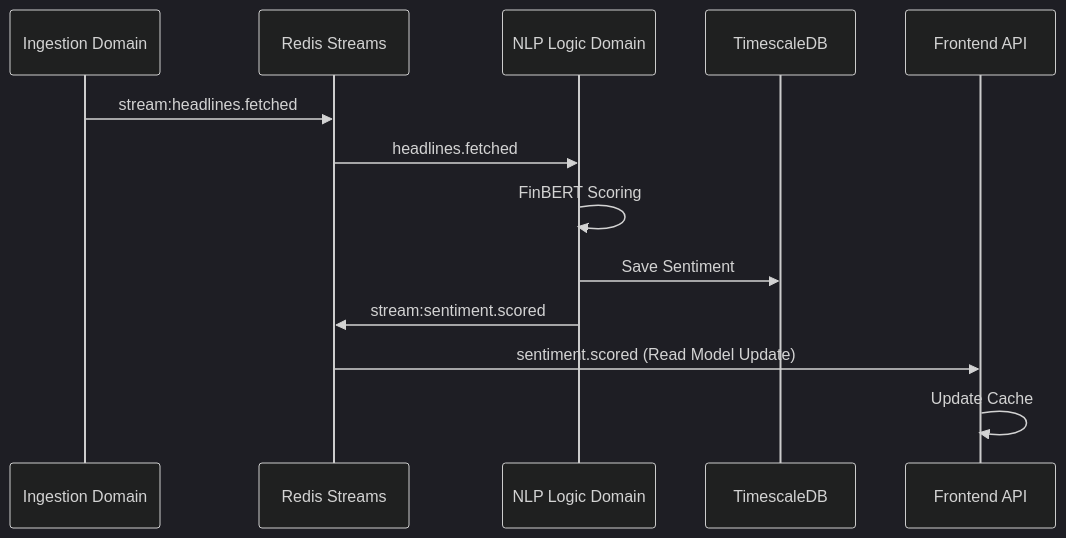
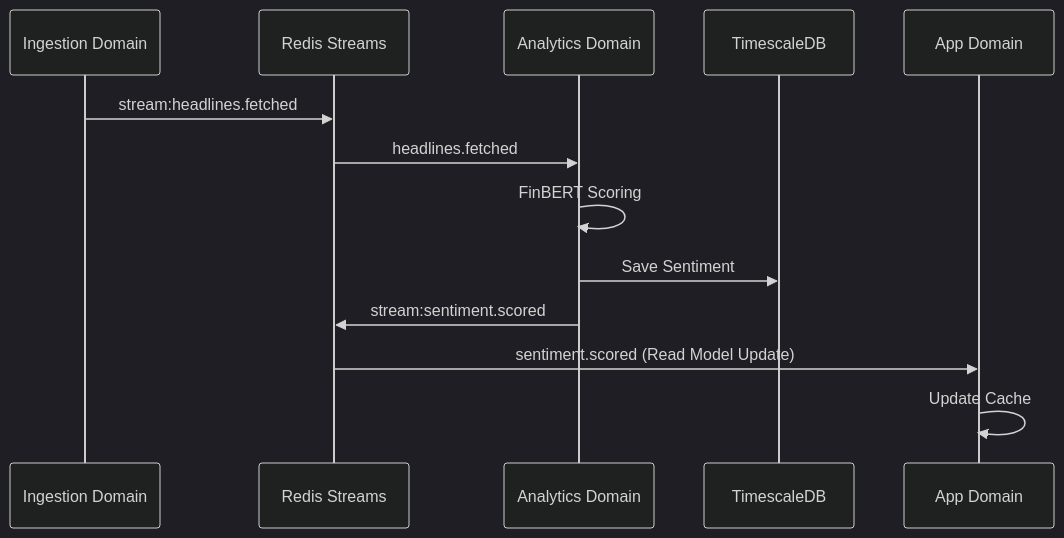
The second of 3 diagrams in README.md (NirmayKadam/Shani), drawn with Mermaid (dark theme) before and after one commit. The commit also changed other lines of this file and 187 other files, not shown here.

````diff
--- a/README.md
+++ b/README.md
@@ -182,16 +143,16 @@
 ```mermaid
 sequenceDiagram
     participant I as Ingestion Domain
     participant R as Redis Streams
-    participant N as NLP Logic Domain
+    participant A as Analytics Domain
     participant T as TimescaleDB
-    participant F as Frontend API
+    participant App as App Domain
 
     I->>R: stream:headlines.fetched
-    R->>N: headlines.fetched
-    N->>N: FinBERT Scoring
-    N->>T: Save Sentiment
-    N->>R: stream:sentiment.scored
-    R->>F: sentiment.scored (Read Model Update)
-    F->>F: Update Cache
+    R->>A: headlines.fetched
+    A->>A: FinBERT Scoring
+    A->>T: Save Sentiment
+    A->>R: stream:sentiment.scored
+    R->>App: sentiment.scored (Read Model Update)
+    App->>App: Update Cache
 ```
````
